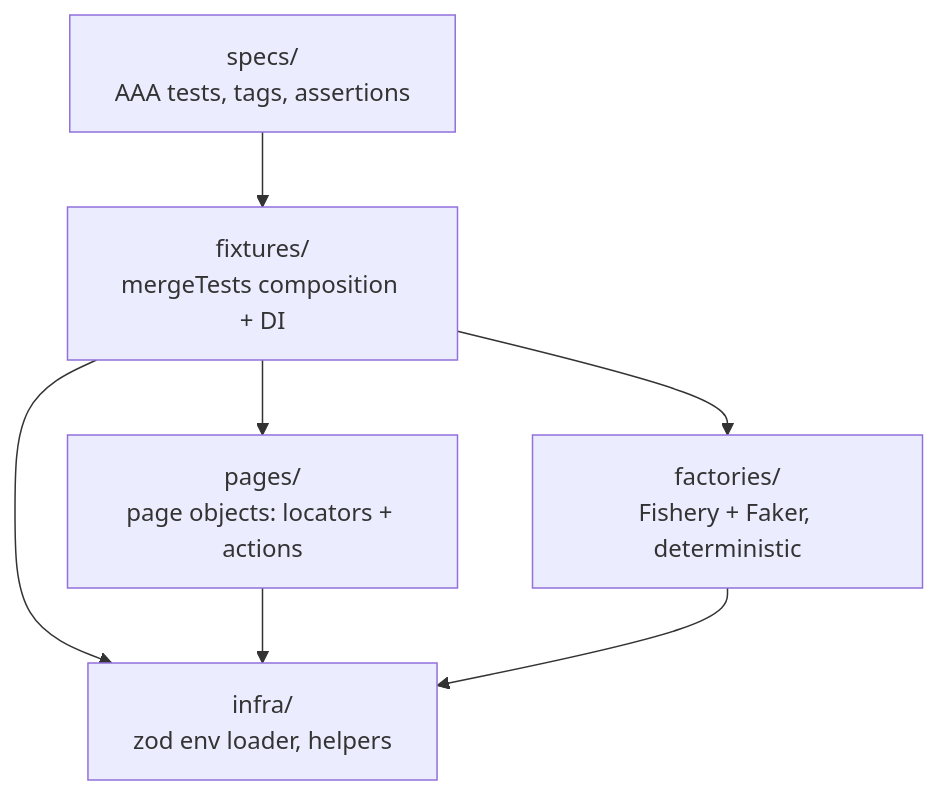
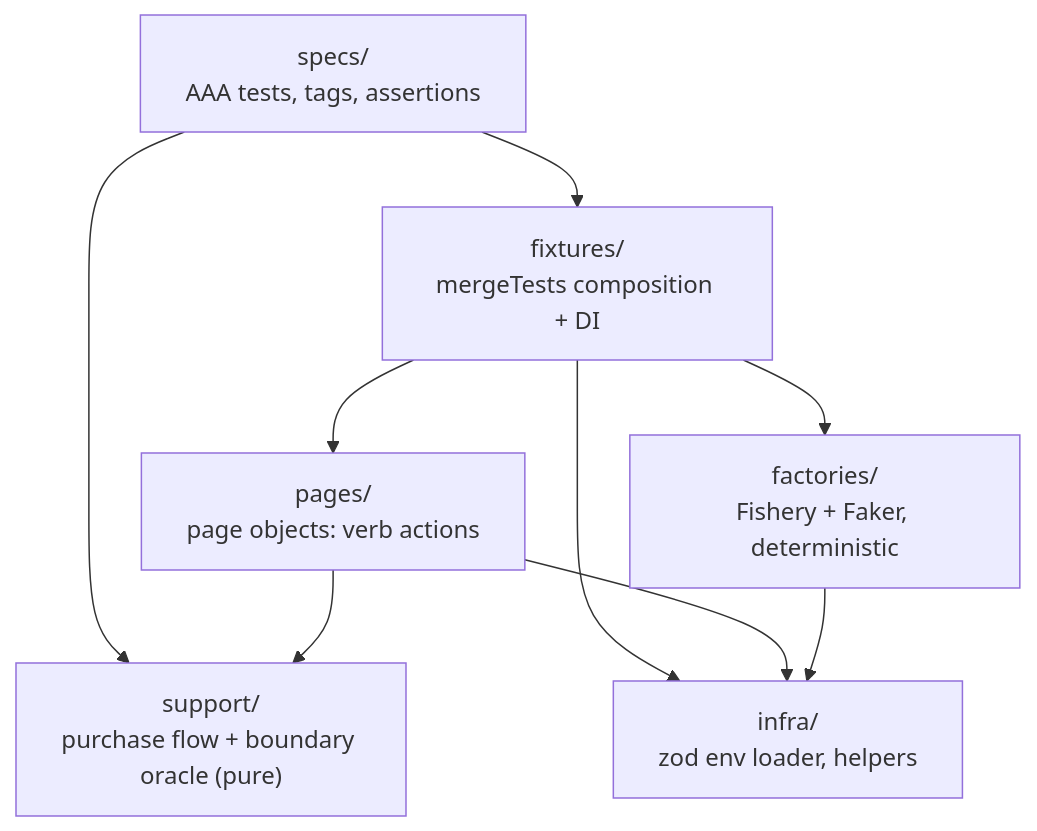
One commit to Kseolis/test-framework-example changed the first of 3 diagrams in docs/ARCHITECTURE.md. Above: the diagram before and after it, drawn with Mermaid. The commit also changed other lines of this file and 22 other files, not shown here.

First line of the commit message:
refactor(tests): clean-code rewrite — verb POM, support layer, comment-free

````diff
--- a/docs/ARCHITECTURE.md
+++ b/docs/ARCHITECTURE.md
@@ -13,15 +13,18 @@
 ```mermaid
 flowchart TD
     specs["specs/<br/>AAA tests, tags, assertions"]
     fixtures["fixtures/<br/>mergeTests composition + DI"]
-    pages["pages/<br/>page objects: locators + actions"]
+    pages["pages/<br/>page objects: verb actions"]
     factories["factories/<br/>Fishery + Faker, deterministic"]
+    support["support/<br/>purchase flow + boundary oracle (pure)"]
     infra["infra/<br/>zod env loader, helpers"]
 
     specs --> fixtures
+    specs --> support
     fixtures --> pages
     fixtures --> factories
     fixtures --> infra
+    pages --> support
     pages --> infra
     factories --> infra
 ```
````
